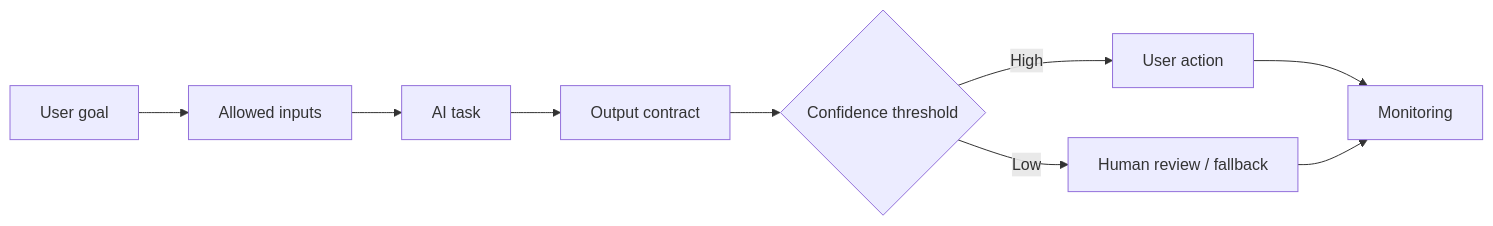
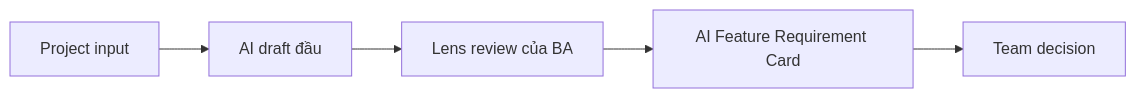
The first of 2 diagrams in docs/vi/lessons/specifying-ai-enabled-features/index.md (anhtnt90dev/ai-for-ba), drawn with Mermaid before and after one commit. The commit also changed other lines of this file and 40 other files, not shown here.

````diff
--- a/docs/vi/lessons/specifying-ai-enabled-features/index.md
+++ b/docs/vi/lessons/specifying-ai-enabled-features/index.md
@@ -68,11 +84,12 @@
 ```mermaid
 flowchart LR
-    A["User goal"] --> B["Allowed inputs"]
-    B --> C["AI task"]
-    C --> D["Output contract"]
-    D --> E{"Confidence threshold"}
-    E -->|High| F["User action"]
-    E -->|Low| G["Human review / fallback"]
-    F --> H["Monitoring"]
-    G --> H
+    A["Project input"]
+    B["AI draft đầu"]
+    A --> B
+    C["Lens review của BA"]
+    B --> C
+    D["AI Feature Requirement Card"]
+    C --> D
+    E["Team decision"]
+    D --> E
 ```
````
